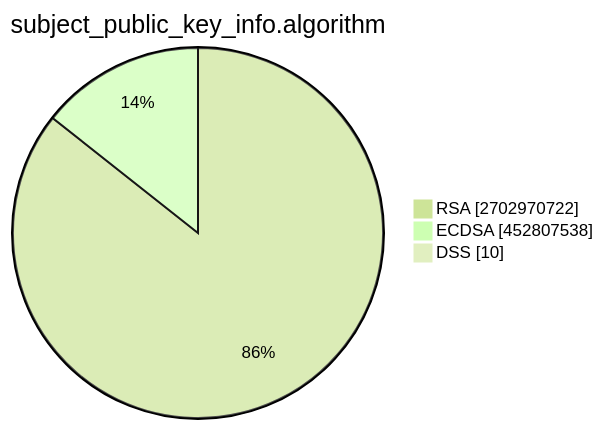
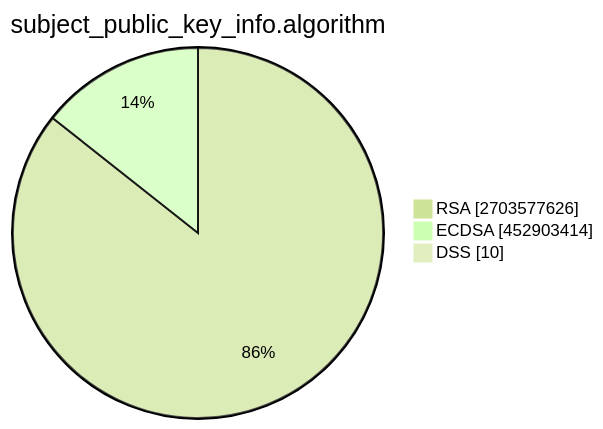
Before and after one commit to christiankrug/ctmonitor_visualization: the second of 15 diagrams in TOTAL/README.md, drawn with Mermaid (forest theme). The commit also changed other lines of this file, not shown here.

````diff
--- a/TOTAL/README.md
+++ b/TOTAL/README.md
@@ -6,7 +6,7 @@
 ```mermaid
 pie showData
 title subject_public_key_info.algorithm
-"RSA" :2702970722
-"ECDSA" :452807538
+"RSA" :2703577626
+"ECDSA" :452903414
 "DSS" :10
 ```
````
